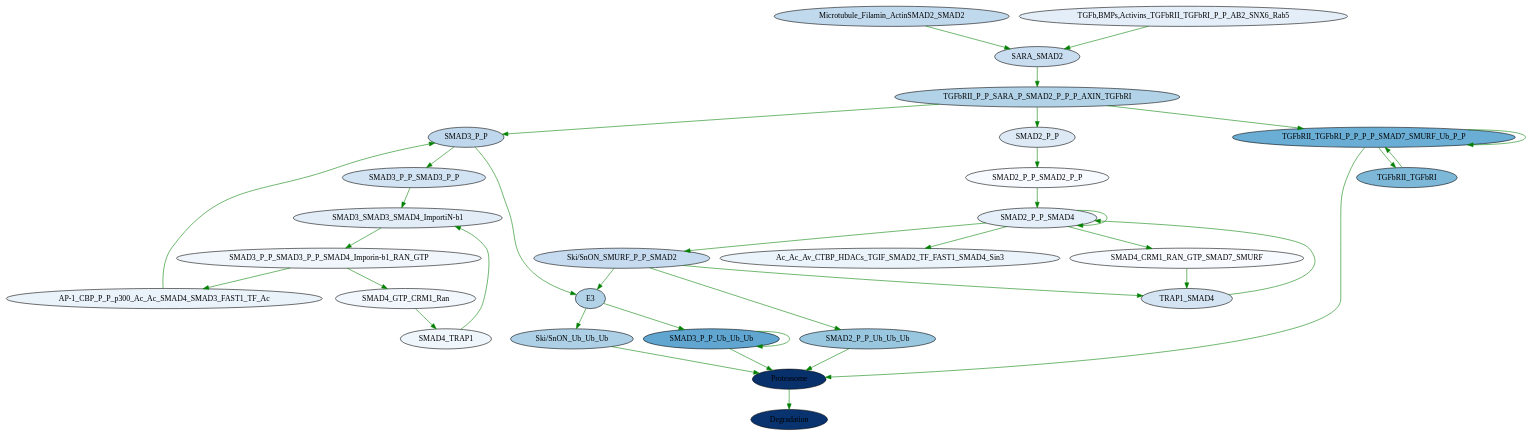
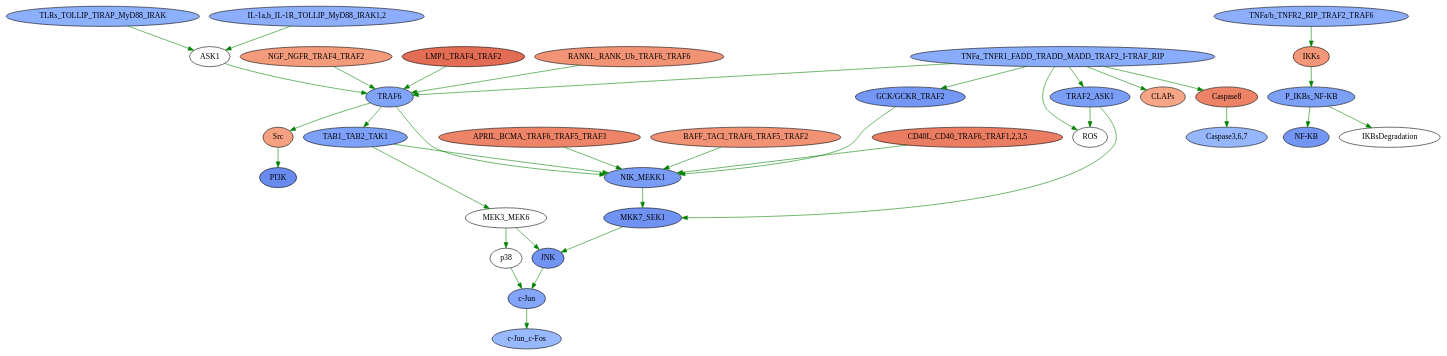
One commit to Mihkorz/of2 changed the diagram in file.dot. Above: the diagram before and after it, drawn with Graphviz. The commit also changed 121 other files, not shown here.

```diff
--- a/file.dot
+++ b/file.dot
@@ -1,117 +1,134 @@
-digraph  {
-	"Ski/SnON_Ub_Ub_Ub"	 [color=black,
-		fillcolor="#ADD0E6",
+strict digraph  {
+	"CD40L_CD40_TRAF6_TRAF1,2,3,5"	 [color=black,
+		fillcolor="#EA7C61",
 		style=filled];
-	Proteasome	 [color=black,
-		fillcolor="#08306B",
+	NIK_MEKK1	 [color=black,
+		fillcolor="#799CF7",
 		style=filled];
-	"Ski/SnON_Ub_Ub_Ub" -> Proteasome	 [color=green];
-	SARA_SMAD2	 [color=black,
-		fillcolor="#C9DDF0",
+	"CD40L_CD40_TRAF6_TRAF1,2,3,5" -> NIK_MEKK1	 [color=green];
+	IKKs	 [color=black,
+		fillcolor="#F39778",
 		style=filled];
-	" TGFbRII_P_P_SARA_P_SMAD2_P_P_P_AXIN_TGFbRI"	 [color=black,
-		fillcolor="#B1D2E7",
+	"P_IKBs_NF-KB"	 [color=black,
+		fillcolor="#7C9FF8",
 		style=filled];
-	SARA_SMAD2 -> " TGFbRII_P_P_SARA_P_SMAD2_P_P_P_AXIN_TGFbRI"	 [color=green];
-	Microtubule_Filamin_ActinSMAD2_SMAD2	 [color=black,
-		fillcolor="#C1D9ED",
+	IKKs -> "P_IKBs_NF-KB"	 [color=green];
+	" RANKL_RANK_Ub_TRAF6_TRAF6"	 [color=black,
+		fillcolor="#F29375",
 		style=filled];
-	Microtubule_Filamin_ActinSMAD2_SMAD2 -> SARA_SMAD2	 [color=green];
-	SMAD3_P_P_SMAD3_P_P	 [color=black,
-		fillcolor="#D2E3F3",
+	TRAF6	 [color=black,
+		fillcolor="#80A4FA",
 		style=filled];
-	"SMAD3_SMAD3_SMAD4_ImportiN-b1"	 [color=black,
-		fillcolor="#E2EDF8",
+	" RANKL_RANK_Ub_TRAF6_TRAF6" -> TRAF6	 [color=green];
+	MEK3_MEK6	 [color=black,
+		fillcolor="#ffffff",
 		style=filled];
-	SMAD3_P_P_SMAD3_P_P -> "SMAD3_SMAD3_SMAD4_ImportiN-b1"	 [color=green];
-	"SMAD3_P_P_SMAD3_P_P_SMAD4_Imporin-b1_RAN_GTP"	 [color=black,
-		fillcolor="#F0F6FC",
+	JNK	 [color=black,
+		fillcolor="#7194F4",
 		style=filled];
-	"AP-1_CBP_P_P_p300_Ac_Ac_SMAD4_SMAD3_FAST1_TF_Ac"	 [color=black,
-		fillcolor="#EAF2FA",
+	MEK3_MEK6 -> JNK	 [color=green];
+	p38	 [color=black,
+		fillcolor="#ffffff",
 		style=filled];
-	"SMAD3_P_P_SMAD3_P_P_SMAD4_Imporin-b1_RAN_GTP" -> "AP-1_CBP_P_P_p300_Ac_Ac_SMAD4_SMAD3_FAST1_TF_Ac"	 [color=green];
-	SMAD4_GTP_CRM1_Ran	 [color=black,
-		fillcolor="#F1F7FD",
+	MEK3_MEK6 -> p38	 [color=green];
+	"NF-KB"	 [color=black,
+		fillcolor="#7396F5",
 		style=filled];
-	"SMAD3_P_P_SMAD3_P_P_SMAD4_Imporin-b1_RAN_GTP" -> SMAD4_GTP_CRM1_Ran	 [color=green];
-	"TGFb,BMPs,Activins_TGFbRII_TGFbRI_P_P_AB2_SNX6_Rab5"	 [color=black,
-		fillcolor="#E4EEF8",
+	"P_IKBs_NF-KB" -> "NF-KB"	 [color=green];
+	IKBsDegradation	 [color=black,
+		fillcolor="#ffffff",
 		style=filled];
-	"TGFb,BMPs,Activins_TGFbRII_TGFbRI_P_P_AB2_SNX6_Rab5" -> SARA_SMAD2	 [color=green];
-	Degradation	 [color=black,
-		fillcolor="#08336F",
+	"P_IKBs_NF-KB" -> IKBsDegradation	 [color=green];
+	TLRs_TOLLIP_TIRAP_MyD88_IRAK	 [color=black,
+		fillcolor="#8DB0FD",
 		style=filled];
-	Proteasome -> Degradation	 [color=green];
-	SMAD3_P_P	 [color=black,
-		fillcolor="#BED7EC",
+	ASK1	 [color=black,
+		fillcolor="#ffffff",
 		style=filled];
-	" TGFbRII_P_P_SARA_P_SMAD2_P_P_P_AXIN_TGFbRI" -> SMAD3_P_P	 [color=green];
-	SMAD2_P_P	 [color=black,
-		fillcolor="#DDEAF6",
+	TLRs_TOLLIP_TIRAP_MyD88_IRAK -> ASK1	 [color=green];
+	TRAF2_ASK1	 [color=black,
+		fillcolor="#7A9DF8",
 		style=filled];
-	" TGFbRII_P_P_SARA_P_SMAD2_P_P_P_AXIN_TGFbRI" -> SMAD2_P_P	 [color=green];
-	TGFbRII_TGFbRI_P_P_P_P_SMAD7_SMURF_Ub_P_P	 [color=black,
-		fillcolor="#6AADD5",
+	ROS	 [color=black,
+		fillcolor="#ffffff",
 		style=filled];
-	" TGFbRII_P_P_SARA_P_SMAD2_P_P_P_AXIN_TGFbRI" -> TGFbRII_TGFbRI_P_P_P_P_SMAD7_SMURF_Ub_P_P	 [color=green];
-	SMAD2_P_P_SMAD2_P_P	 [color=black,
-		fillcolor="#F7FBFF",
+	TRAF2_ASK1 -> ROS	 [color=green];
+	MKK7_SEK1	 [color=black,
+		fillcolor="#7093F3",
 		style=filled];
-	SMAD2_P_P_SMAD4	 [color=black,
-		fillcolor="#E4EFF9",
+	TRAF2_ASK1 -> MKK7_SEK1	 [color=green];
+	"c-Jun"	 [color=black,
+		fillcolor="#83A6FB",
 		style=filled];
-	SMAD2_P_P_SMAD2_P_P -> SMAD2_P_P_SMAD4	 [color=green];
-	SMAD2_P_P -> SMAD2_P_P_SMAD2_P_P	 [color=green];
-	E3	 [color=black,
-		fillcolor="#B2D2E8",
+	"c-Jun_c-Fos"	 [color=black,
+		fillcolor="#98B9FE",
 		style=filled];
-	E3 -> "Ski/SnON_Ub_Ub_Ub"	 [color=green];
-	SMAD3_P_P_Ub_Ub_Ub	 [color=black,
-		fillcolor="#60A6D1",
+	"c-Jun" -> "c-Jun_c-Fos"	 [color=green];
+	TAB1_TAB2_TAK1	 [color=black,
+		fillcolor="#7DA0F9",
 		style=filled];
-	E3 -> SMAD3_P_P_Ub_Ub_Ub	 [color=green];
-	"AP-1_CBP_P_P_p300_Ac_Ac_SMAD4_SMAD3_FAST1_TF_Ac" -> SMAD3_P_P	 [color=green];
-	SMAD4_CRM1_RAN_GTP_SMAD7_SMURF	 [color=black,
-		fillcolor="#F7FBFF",
+	TAB1_TAB2_TAK1 -> MEK3_MEK6	 [color=green];
+	TAB1_TAB2_TAK1 -> NIK_MEKK1	 [color=green];
+	"IL-1a,b_IL-1R_TOLLIP_MyD88_IRAK1,2"	 [color=black,
+		fillcolor="#8CAEFD",
 		style=filled];
-	TRAP1_SMAD4	 [color=black,
-		fillcolor="#D4E4F3",
+	"IL-1a,b_IL-1R_TOLLIP_MyD88_IRAK1,2" -> ASK1	 [color=green];
+	APRIL_BCMA_TRAF6_TRAF5_TRAF3	 [color=black,
+		fillcolor="#ED8367",
 		style=filled];
-	SMAD4_CRM1_RAN_GTP_SMAD7_SMURF -> TRAP1_SMAD4	 [color=green];
-	SMAD2_P_P_Ub_Ub_Ub	 [color=black,
-		fillcolor="#9AC7E0",
+	APRIL_BCMA_TRAF6_TRAF5_TRAF3 -> NIK_MEKK1	 [color=green];
+	NGF_NGFR_TRAF4_TRAF2	 [color=black,
+		fillcolor="#F49B7C",
 		style=filled];
-	SMAD2_P_P_Ub_Ub_Ub -> Proteasome	 [color=green];
-	"SMAD3_SMAD3_SMAD4_ImportiN-b1" -> "SMAD3_P_P_SMAD3_P_P_SMAD4_Imporin-b1_RAN_GTP"	 [color=green];
-	"Ski/SnON_SMURF_P_P_SMAD2"	 [color=black,
-		fillcolor="#C6DBEF",
+	NGF_NGFR_TRAF4_TRAF2 -> TRAF6	 [color=green];
+	"Caspase3,6,7"	 [color=black,
+		fillcolor="#96B7FE",
 		style=filled];
-	"Ski/SnON_SMURF_P_P_SMAD2" -> SMAD2_P_P_Ub_Ub_Ub	 [color=green];
-	"Ski/SnON_SMURF_P_P_SMAD2" -> E3	 [color=green];
-	"Ski/SnON_SMURF_P_P_SMAD2" -> TRAP1_SMAD4	 [color=green];
-	TRAP1_SMAD4 -> SMAD2_P_P_SMAD4	 [color=green];
-	Ac_Ac_Av_CTBP_HDACs_TGIF_SMAD2_TF_FAST1_SMAD4_Sin3	 [color=black,
-		fillcolor="#ECF4FB",
+	Src	 [color=black,
+		fillcolor="#F5A182",
 		style=filled];
-	TGFbRII_TGFbRI	 [color=black,
-		fillcolor="#7DB8D9",
+	PI3K	 [color=black,
+		fillcolor="#698BEF",
 		style=filled];
-	TGFbRII_TGFbRI -> TGFbRII_TGFbRI_P_P_P_P_SMAD7_SMURF_Ub_P_P	 [color=green];
-	SMAD4_TRAP1	 [color=black,
-		fillcolor="#EFF6FC",
+	Src -> PI3K	 [color=green];
+	ASK1 -> TRAF6	 [color=green];
+	BAFF_TACI_TRAF6_TRAF5_TRAF2	 [color=black,
+		fillcolor="#F29274",
 		style=filled];
-	SMAD4_TRAP1 -> "SMAD3_SMAD3_SMAD4_ImportiN-b1"	 [color=green];
-	SMAD3_P_P -> E3	 [color=green];
-	SMAD3_P_P -> SMAD3_P_P_SMAD3_P_P	 [color=green];
-	SMAD2_P_P_SMAD4 -> Ac_Ac_Av_CTBP_HDACs_TGIF_SMAD2_TF_FAST1_SMAD4_Sin3	 [color=green];
-	SMAD2_P_P_SMAD4 -> SMAD4_CRM1_RAN_GTP_SMAD7_SMURF	 [color=green];
-	SMAD2_P_P_SMAD4 -> "Ski/SnON_SMURF_P_P_SMAD2"	 [color=green];
-	SMAD2_P_P_SMAD4 -> SMAD2_P_P_SMAD4	 [color=green];
-	SMAD3_P_P_Ub_Ub_Ub -> Proteasome	 [color=green];
-	SMAD3_P_P_Ub_Ub_Ub -> SMAD3_P_P_Ub_Ub_Ub	 [color=green];
-	SMAD4_GTP_CRM1_Ran -> SMAD4_TRAP1	 [color=green];
-	TGFbRII_TGFbRI_P_P_P_P_SMAD7_SMURF_Ub_P_P -> TGFbRII_TGFbRI	 [color=green];
-	TGFbRII_TGFbRI_P_P_P_P_SMAD7_SMURF_Ub_P_P -> Proteasome	 [color=green];
-	TGFbRII_TGFbRI_P_P_P_P_SMAD7_SMURF_Ub_P_P -> TGFbRII_TGFbRI_P_P_P_P_SMAD7_SMURF_Ub_P_P	 [color=green];
+	BAFF_TACI_TRAF6_TRAF5_TRAF2 -> NIK_MEKK1	 [color=green];
+	TRAF6 -> Src	 [color=green];
+	TRAF6 -> NIK_MEKK1	 [color=green];
+	TRAF6 -> TAB1_TAB2_TAK1	 [color=green];
+	Caspase8	 [color=black,
+		fillcolor="#EC8266",
+		style=filled];
+	Caspase8 -> "Caspase3,6,7"	 [color=green];
+	"TNFa/b_TNFR2_RIP_TRAF2_TRAF6"	 [color=black,
+		fillcolor="#8CAEFD",
+		style=filled];
+	"TNFa/b_TNFR2_RIP_TRAF2_TRAF6" -> IKKs	 [color=green];
+	" TNFa_TNFR1_FADD_TRADD_MADD_TRAF2_I-TRAF_RIP"	 [color=black,
+		fillcolor="#89ACFC",
+		style=filled];
+	" TNFa_TNFR1_FADD_TRADD_MADD_TRAF2_I-TRAF_RIP" -> ROS	 [color=green];
+	" TNFa_TNFR1_FADD_TRADD_MADD_TRAF2_I-TRAF_RIP" -> TRAF2_ASK1	 [color=green];
+	" TNFa_TNFR1_FADD_TRADD_MADD_TRAF2_I-TRAF_RIP" -> TRAF6	 [color=green];
+	CLAPs	 [color=black,
+		fillcolor="#F6A687",
+		style=filled];
+	" TNFa_TNFR1_FADD_TRADD_MADD_TRAF2_I-TRAF_RIP" -> CLAPs	 [color=green];
+	"GCK/GCKR_TRAF2"	 [color=black,
+		fillcolor="#7497F5",
+		style=filled];
+	" TNFa_TNFR1_FADD_TRADD_MADD_TRAF2_I-TRAF_RIP" -> "GCK/GCKR_TRAF2"	 [color=green];
+	" TNFa_TNFR1_FADD_TRADD_MADD_TRAF2_I-TRAF_RIP" -> Caspase8	 [color=green];
+	p38 -> "c-Jun"	 [color=green];
+	MKK7_SEK1 -> JNK	 [color=green];
+	JNK -> "c-Jun"	 [color=green];
+	"GCK/GCKR_TRAF2" -> NIK_MEKK1	 [color=green];
+	NIK_MEKK1 -> MKK7_SEK1	 [color=green];
+	LMP1_TRAF4_TRAF2	 [color=black,
+		fillcolor="#E36C54",
+		style=filled];
+	LMP1_TRAF4_TRAF2 -> TRAF6	 [color=green];
 }
```
